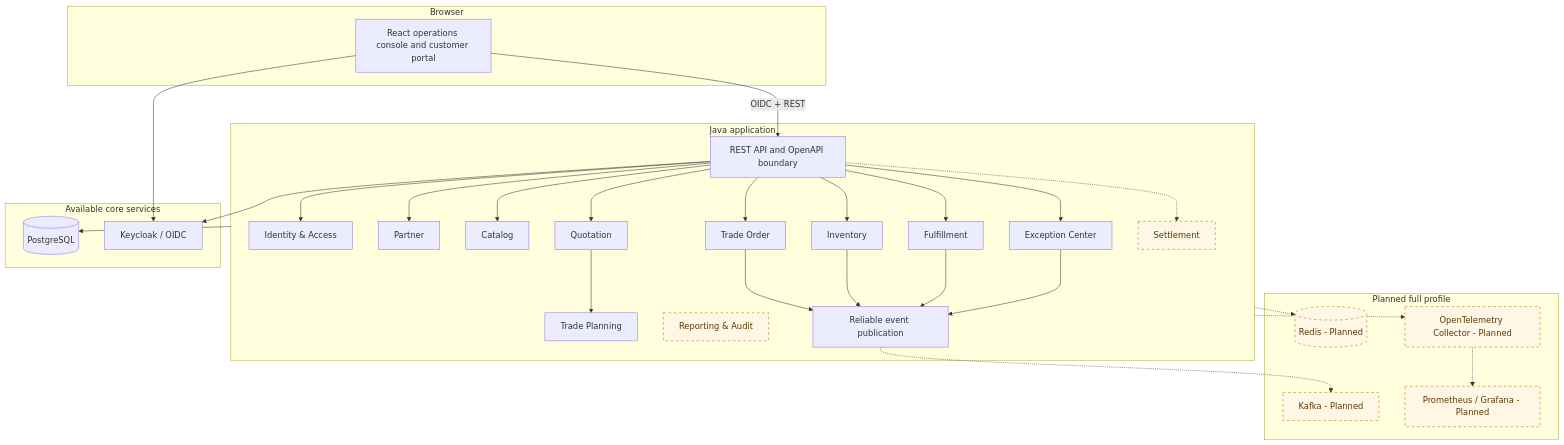
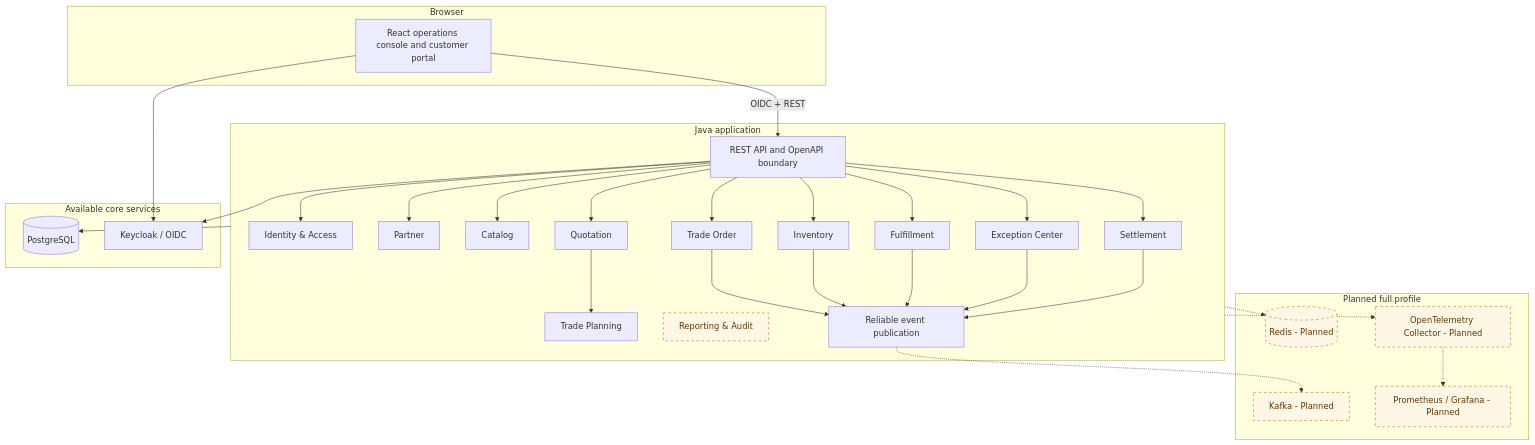
Before and after one commit to RomanticHW/cellarbridge-platform: the second of 3 diagrams in README.md, drawn with Mermaid. The commit also changed other lines of this file and 11 other files, not shown here.

````diff
--- a/README.md
+++ b/README.md
@@ -66,60 +66,61 @@
 ```mermaid
 flowchart TB
     subgraph Browser[Browser]
         UI[React operations console and customer portal]
     end
 
     subgraph App[Java application]
         API[REST API and OpenAPI boundary]
         IAM[Identity & Access]
         PAR[Partner]
         CAT[Catalog]
         INV[Inventory]
         QUO[Quotation]
         TRD[Trade Planning]
         ORD[Trade Order]
         FUL[Fulfillment]
         EXC[Exception Center]
         SET[Settlement]
         REP[Reporting & Audit]
         EVT[Reliable event publication]
     end
 
     subgraph CorePlatform[Available core services]
         PG[(PostgreSQL)]
         KC[Keycloak / OIDC]
     end
 
     subgraph PlannedPlatform[Planned full profile]
         REDIS[(Redis - Planned)]
         KAFKA[Kafka - Planned]
         OTEL[OpenTelemetry Collector - Planned]
         METRICS[Prometheus / Grafana - Planned]
     end
 
     UI -->|OIDC + REST| API
     API --> IAM
     API --> PAR
     API --> CAT
     API --> INV
     API --> QUO
     API --> ORD
     API --> FUL
     API --> EXC
-    API -.-> SET
+    API --> SET
     QUO --> TRD
     ORD --> EVT
     INV --> EVT
     FUL --> EVT
     EXC --> EVT
+    SET --> EVT
     EVT -.-> KAFKA
     App --> PG
     App -.-> REDIS
     UI --> KC
     API --> KC
     App -.-> OTEL
     OTEL -.-> METRICS
 
     classDef planned fill:#fff7e6,stroke:#b26a00,color:#5f3700,stroke-dasharray:5 5;
-    class SET,REP,REDIS,KAFKA,OTEL,METRICS planned;
+    class REP,REDIS,KAFKA,OTEL,METRICS planned;
 ```
````
